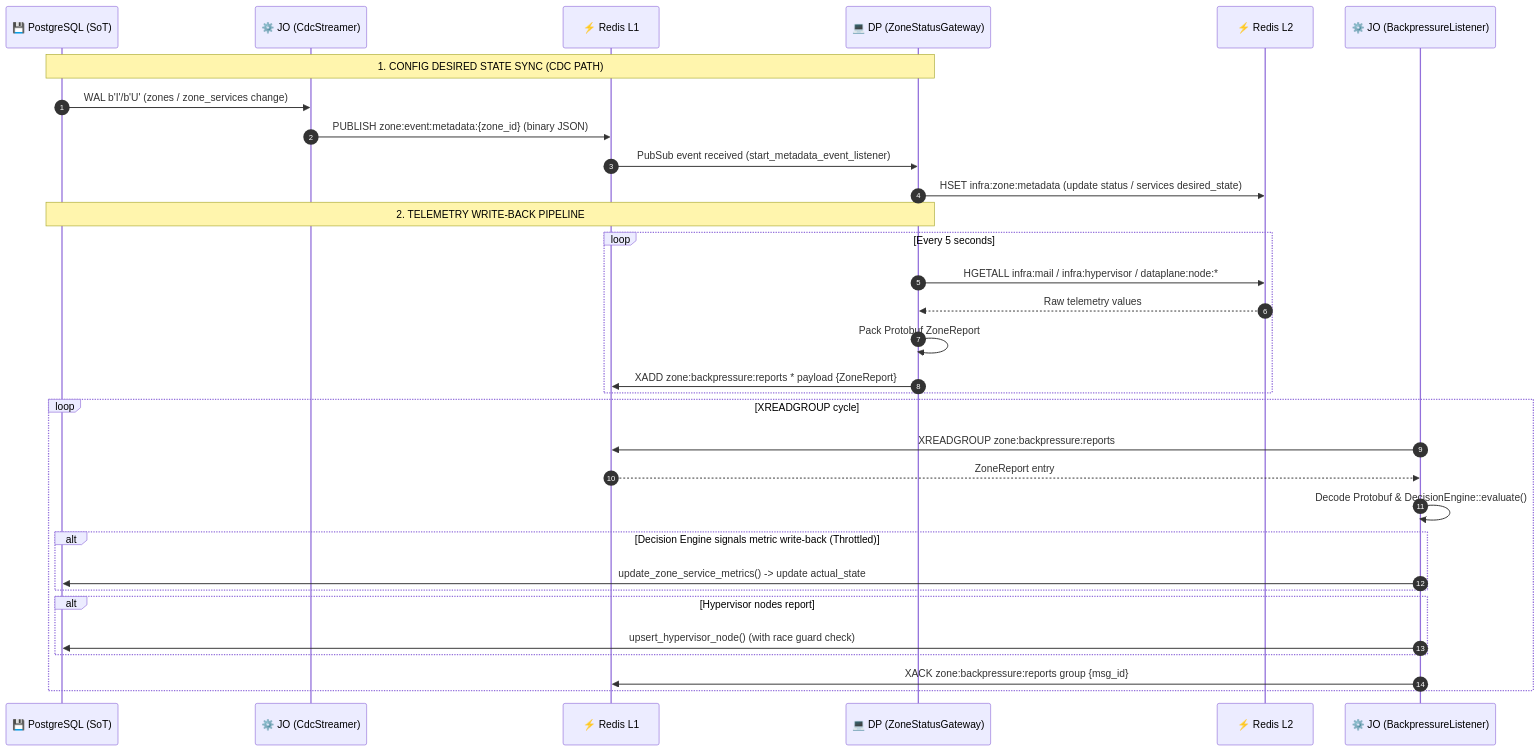
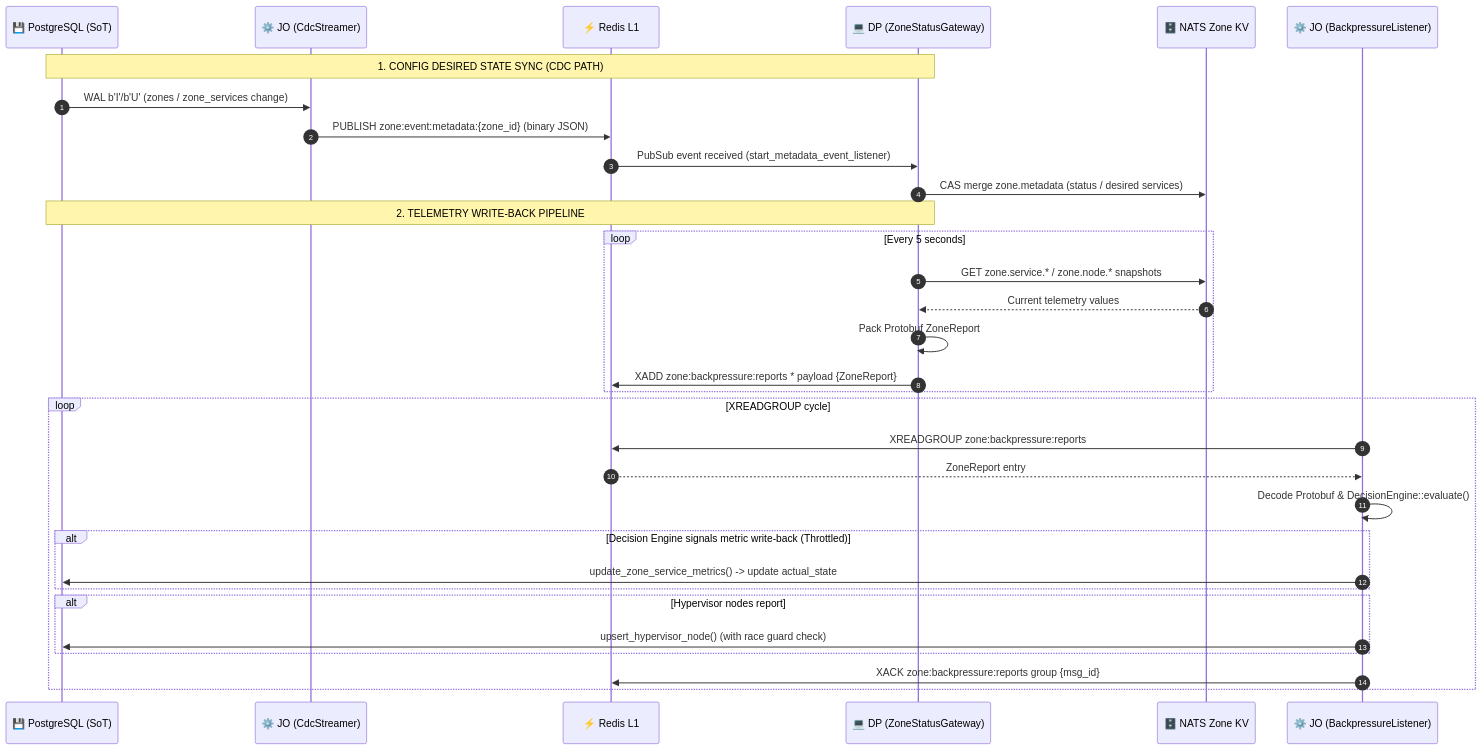
The fifth of 21 diagrams in god_view/hierarchy/zone_lifecycle_god_view.md (phucle996/aurora), drawn with Mermaid before and after one commit. The commit also changed other lines of this file and 77 other files, not shown here.

Commit message:
feat: implement mail runtime health monitoring with zone KV lease management and projection tombstones

````diff
--- a/god_view/hierarchy/zone_lifecycle_god_view.md
+++ b/god_view/hierarchy/zone_lifecycle_god_view.md
@@ -326,37 +326,37 @@
 ```mermaid
 sequenceDiagram
     autonumber
     participant DB as 💾 PostgreSQL (SoT)
     participant JO_CDC as ⚙️ JO (CdcStreamer)
     participant L1 as ⚡ Redis L1
     participant DP_Gate as 💻 DP (ZoneStatusGateway)
-    participant L2 as ⚡ Redis L2
+    participant KV as 🗄️ NATS Zone KV
     participant JO_Back as ⚙️ JO (BackpressureListener)
 
     Note over DB,DP_Gate: 1. CONFIG DESIRED STATE SYNC (CDC PATH)
     DB->>JO_CDC: WAL b'I'/b'U' (zones / zone_services change)
     JO_CDC->>L1: PUBLISH zone:event:metadata:{zone_id} (binary JSON)
     L1->>DP_Gate: PubSub event received (start_metadata_event_listener)
-    DP_Gate->>L2: HSET infra:zone:metadata (update status / services desired_state)
+    DP_Gate->>KV: CAS merge zone.metadata (status / desired services)
 
     Note over DP_Gate,DB: 2. TELEMETRY WRITE-BACK PIPELINE
     loop Every 5 seconds
-        DP_Gate->>L2: HGETALL infra:mail / infra:hypervisor / dataplane:node:*
-        L2-->>DP_Gate: Raw telemetry values
+        DP_Gate->>KV: GET zone.service.* / zone.node.* snapshots
+        KV-->>DP_Gate: Current telemetry values
         DP_Gate->>DP_Gate: Pack Protobuf ZoneReport
         DP_Gate->>L1: XADD zone:backpressure:reports * payload {ZoneReport}
     end
 
     loop XREADGROUP cycle
         JO_Back->>L1: XREADGROUP zone:backpressure:reports
         L1-->>JO_Back: ZoneReport entry
         JO_Back->>JO_Back: Decode Protobuf & DecisionEngine::evaluate()
         alt Decision Engine signals metric write-back (Throttled)
             JO_Back->>DB: update_zone_service_metrics() -> update actual_state
         end
         alt Hypervisor nodes report
             JO_Back->>DB: upsert_hypervisor_node() (with race guard check)
         end
         JO_Back->>L1: XACK zone:backpressure:reports group {msg_id}
     end
 ```
````
